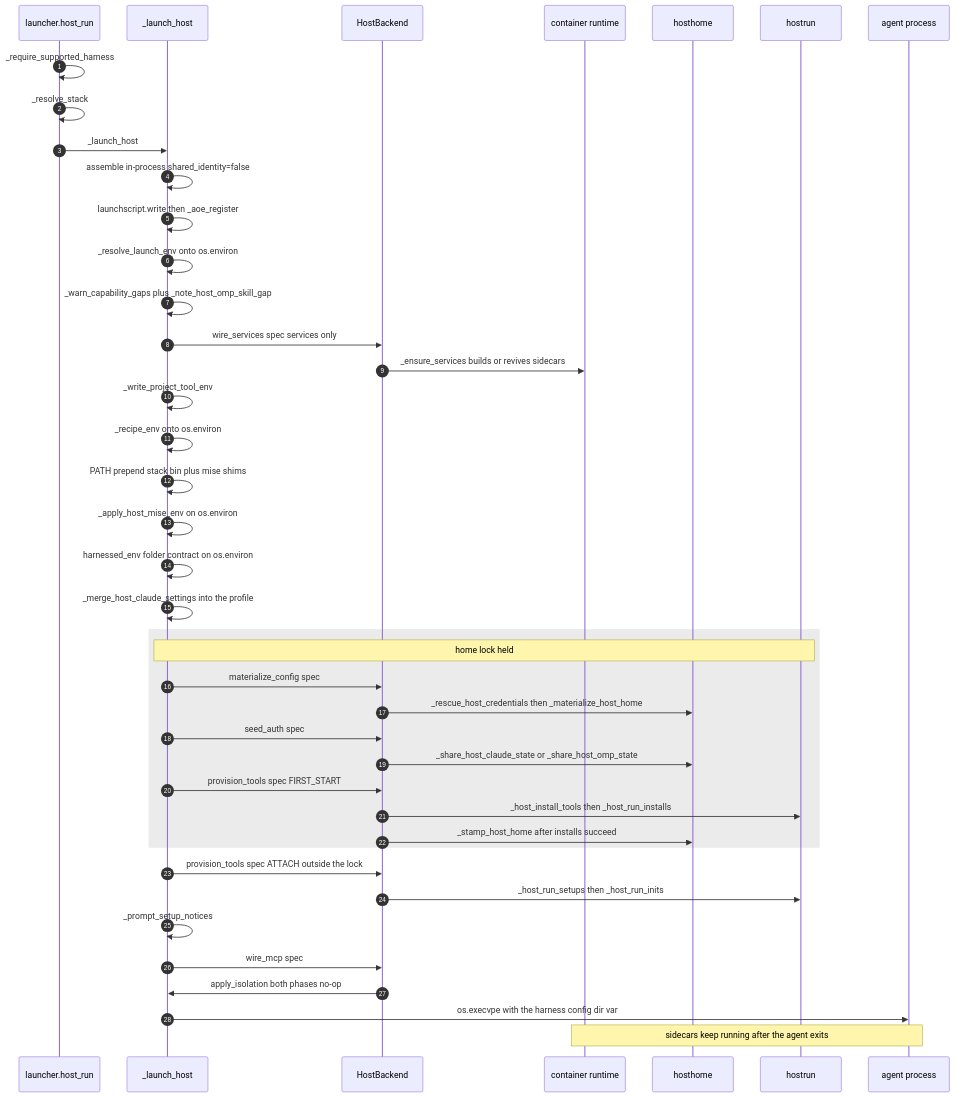
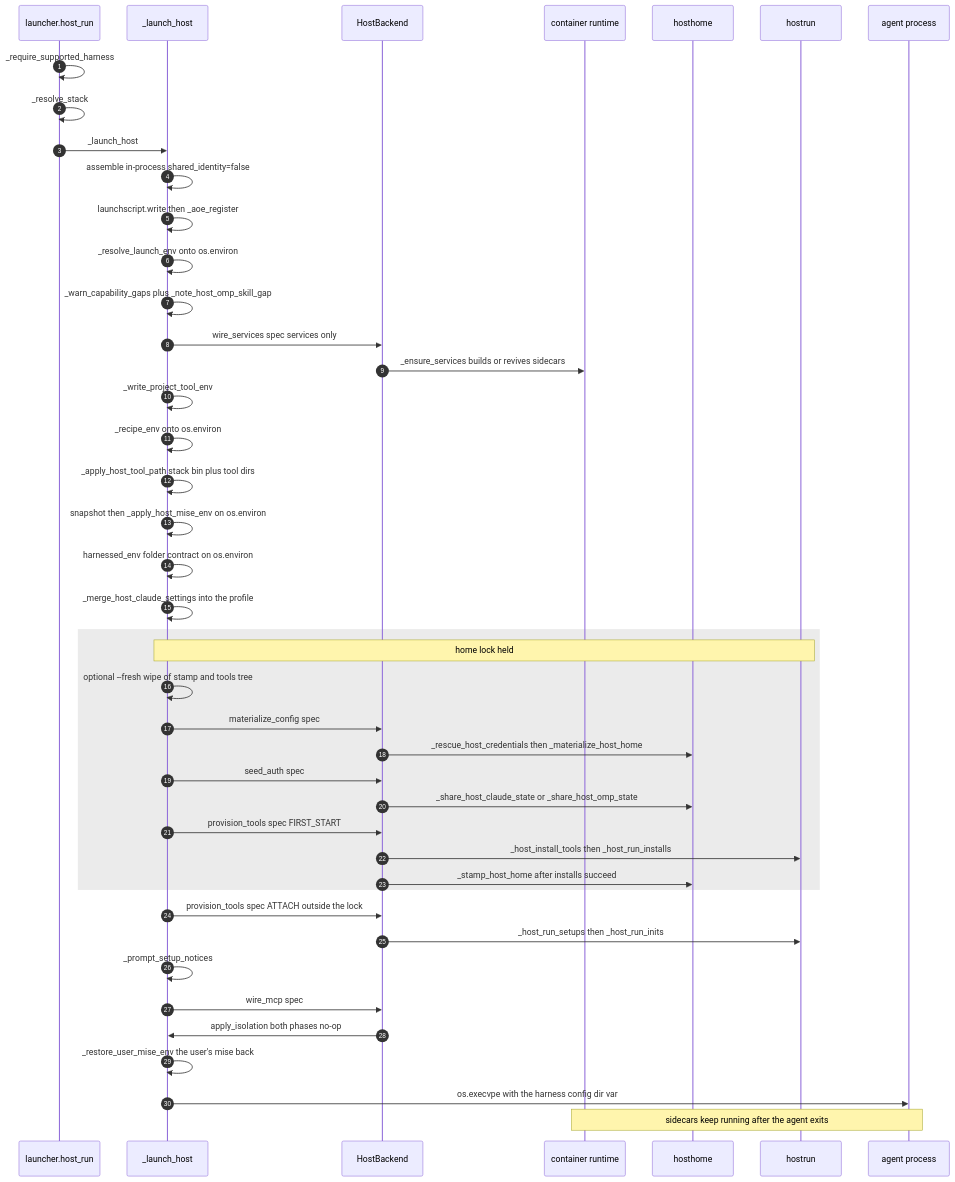
One commit to drmikecrowe/harnessed changed the diagram in openwiki/workflows/host-run.md. Above: the diagram before and after it, drawn with Mermaid. The commit also changed other lines of this file and 51 other files, not shown here.

````diff
--- a/openwiki/workflows/host-run.md
+++ b/openwiki/workflows/host-run.md
@@ -172,44 +174,46 @@
 ```mermaid
 sequenceDiagram
     autonumber
     participant RUN as launcher.host_run
     participant LH as _launch_host
     participant BE as HostBackend
     participant RT as container runtime
     participant HH as hosthome
     participant HR as hostrun
     participant AG as agent process
 
     RUN->>RUN: _require_supported_harness
     RUN->>RUN: _resolve_stack
     RUN->>LH: _launch_host
     LH->>LH: assemble in-process shared_identity=false
     LH->>LH: launchscript.write then _aoe_register
     LH->>LH: _resolve_launch_env onto os.environ
     LH->>LH: _warn_capability_gaps plus _note_host_omp_skill_gap
     LH->>BE: wire_services spec services only
     BE->>RT: _ensure_services builds or revives sidecars
     LH->>LH: _write_project_tool_env
     LH->>LH: _recipe_env onto os.environ
-    LH->>LH: PATH prepend stack bin plus mise shims
-    LH->>LH: _apply_host_mise_env on os.environ
+    LH->>LH: _apply_host_tool_path stack bin plus tool dirs
+    LH->>LH: snapshot then _apply_host_mise_env on os.environ
     LH->>LH: harnessed_env folder contract on os.environ
     LH->>LH: _merge_host_claude_settings into the profile
     rect rgb(235,235,235)
         Note over LH,HR: home lock held
+        LH->>LH: optional --fresh wipe of stamp and tools tree
         LH->>BE: materialize_config spec
         BE->>HH: _rescue_host_credentials then _materialize_host_home
         LH->>BE: seed_auth spec
         BE->>HH: _share_host_claude_state or _share_host_omp_state
         LH->>BE: provision_tools spec FIRST_START
         BE->>HR: _host_install_tools then _host_run_installs
         BE->>HH: _stamp_host_home after installs succeed
     end
     LH->>BE: provision_tools spec ATTACH outside the lock
     BE->>HR: _host_run_setups then _host_run_inits
     LH->>LH: _prompt_setup_notices
     LH->>BE: wire_mcp spec
     BE->>LH: apply_isolation both phases no-op
+    LH->>LH: _restore_user_mise_env the user's mise back
     LH->>AG: os.execvpe with the harness config dir var
     Note over AG,RT: sidecars keep running after the agent exits
 ```
````
